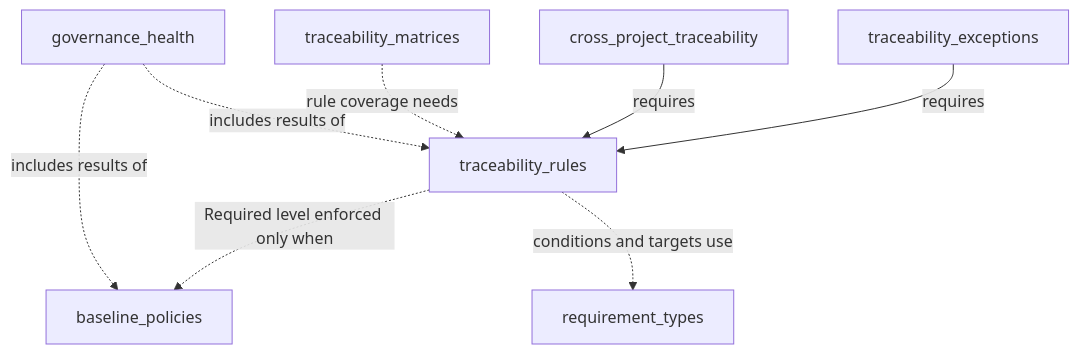
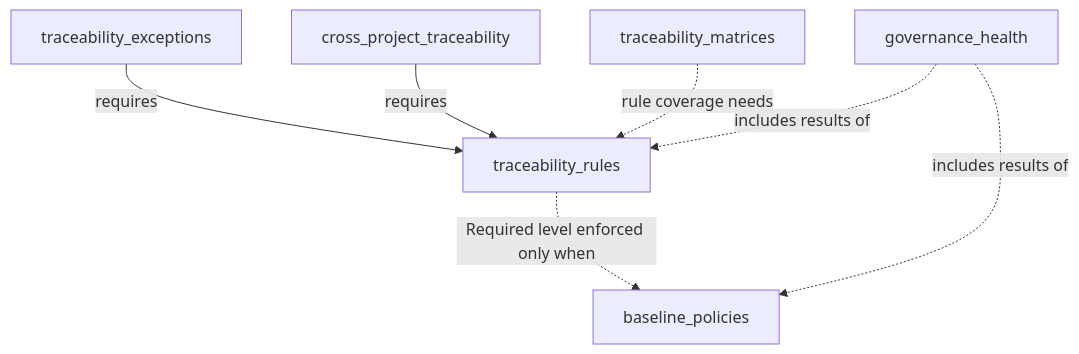
Before and after one commit to ballardr/reqtrackmanager: the first of 3 diagrams in docs/plans/module-07-traceability-and-governance-plan.md, drawn with Mermaid. The commit also changed other lines of this file and 71 other files, not shown here.

Commit message:
Phase 10 - Requirement types

````diff
--- a/docs/plans/module-07-traceability-and-governance-plan.md
+++ b/docs/plans/module-07-traceability-and-governance-plan.md
@@ -120,17 +120,15 @@
 ```mermaid
 flowchart TD
     BP["baseline_policies"]
-    RT["requirement_types"]
     TR["traceability_rules"]
     TE["traceability_exceptions"]
     TM["traceability_matrices"]
     XP["cross_project_traceability"]
     GH["governance_health"]
     TE -->|requires| TR
     XP -->|requires| TR
     TR -. "Required level enforced only when" .-> BP
-    TR -. "conditions and targets use" .-> RT
     TM -. "rule coverage needs" .-> TR
     GH -. "includes results of" .-> BP
     GH -. "includes results of" .-> TR
 ```
````
